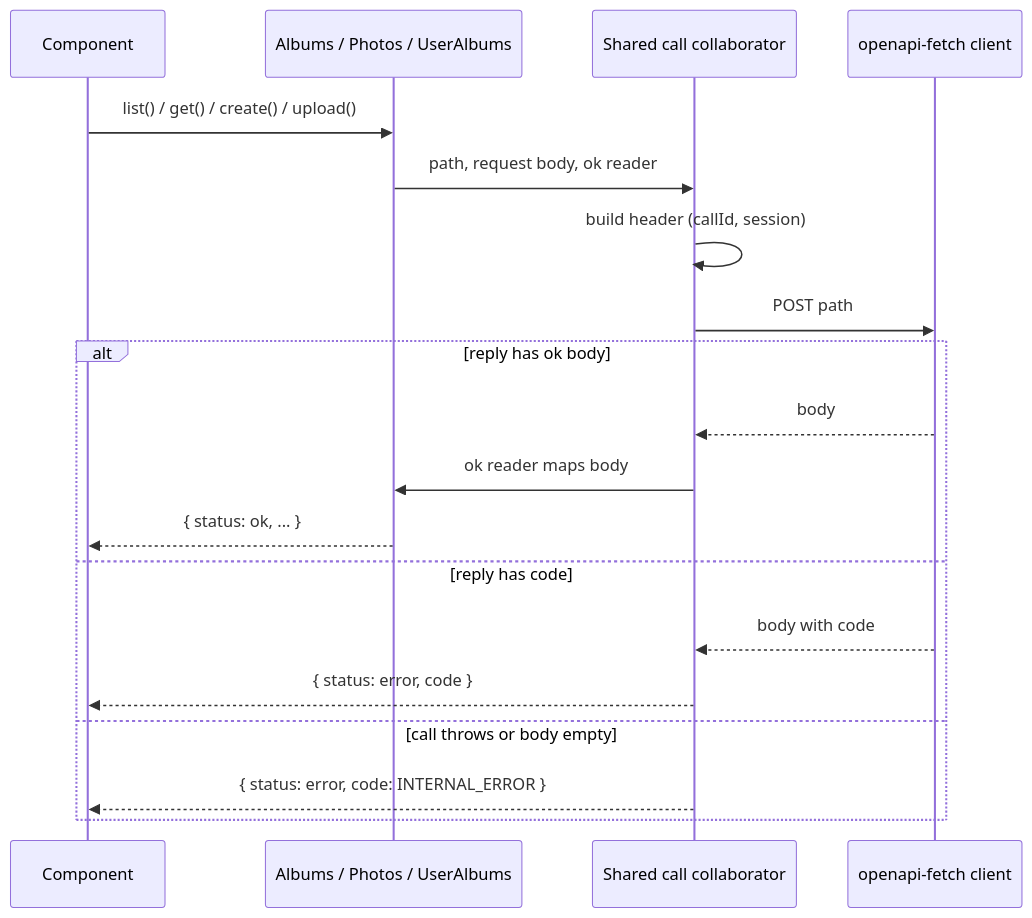
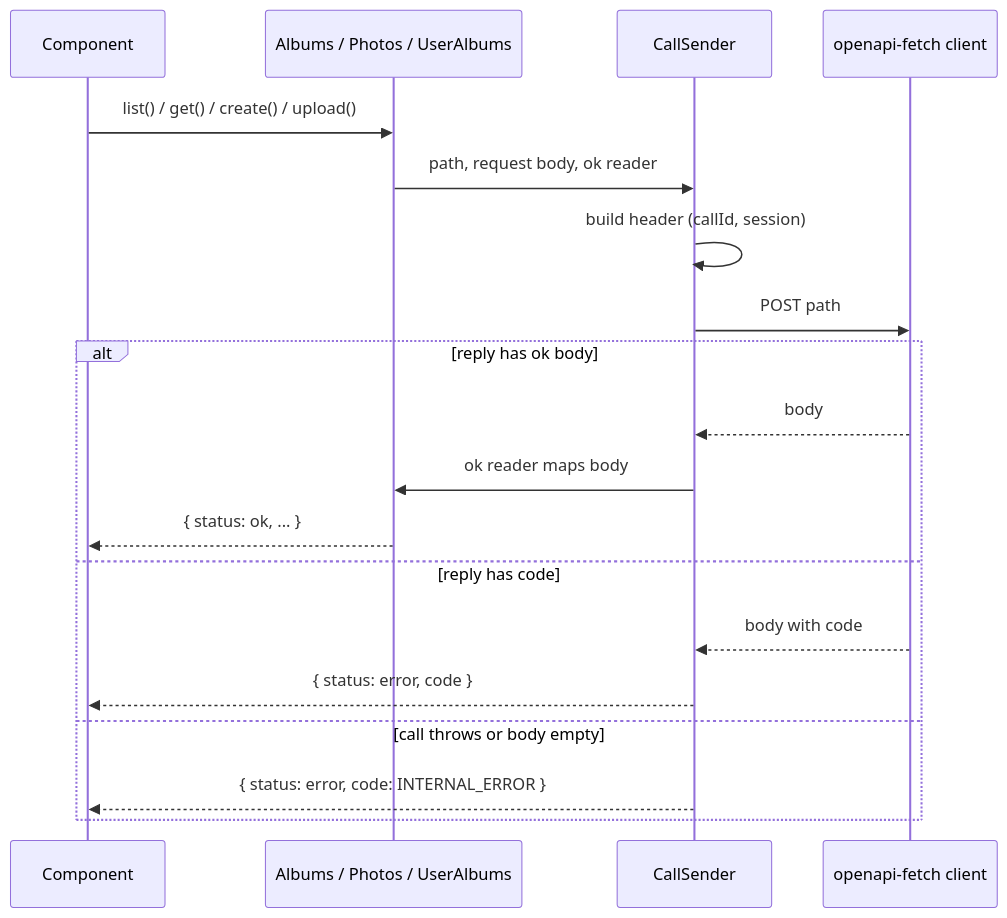
One commit to xaviuzz/prometeuzz changed the diagram in harnesses/fotoAlbum/.claude/specs/frontend-api-refactor.md. Above: the diagram before and after it, drawn with Mermaid. The commit also changed other lines of this file and 2 other files, not shown here.

Commit message:
📝 record frontend api call sender decision and close refactor spec

````diff
--- a/harnesses/fotoAlbum/.claude/specs/frontend-api-refactor.md
+++ b/harnesses/fotoAlbum/.claude/specs/frontend-api-refactor.md
@@ -28,22 +29,22 @@
 ```mermaid
 sequenceDiagram
     participant Caller as Component
     participant Endpoint as Albums / Photos / UserAlbums
-    participant Call as Shared call collaborator
+    participant Call as CallSender
     participant Client as openapi-fetch client
 
     Caller->>Endpoint: list() / get() / create() / upload()
     Endpoint->>Call: path, request body, ok reader
     Call->>Call: build header (callId, session)
     Call->>Client: POST path
     alt reply has ok body
         Client-->>Call: body
         Call->>Endpoint: ok reader maps body
         Endpoint-->>Caller: { status: ok, ... }
     else reply has code
         Client-->>Call: body with code
         Call-->>Caller: { status: error, code }
     else call throws or body empty
         Call-->>Caller: { status: error, code: INTERNAL_ERROR }
     end
 ```
````
